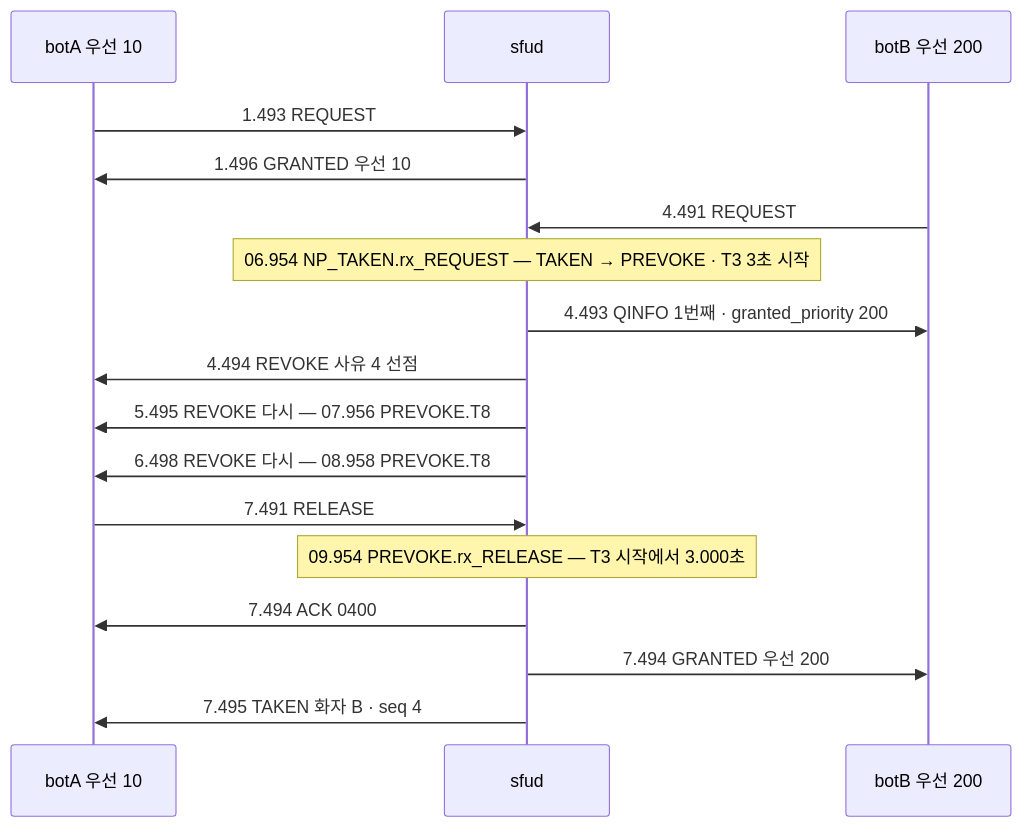
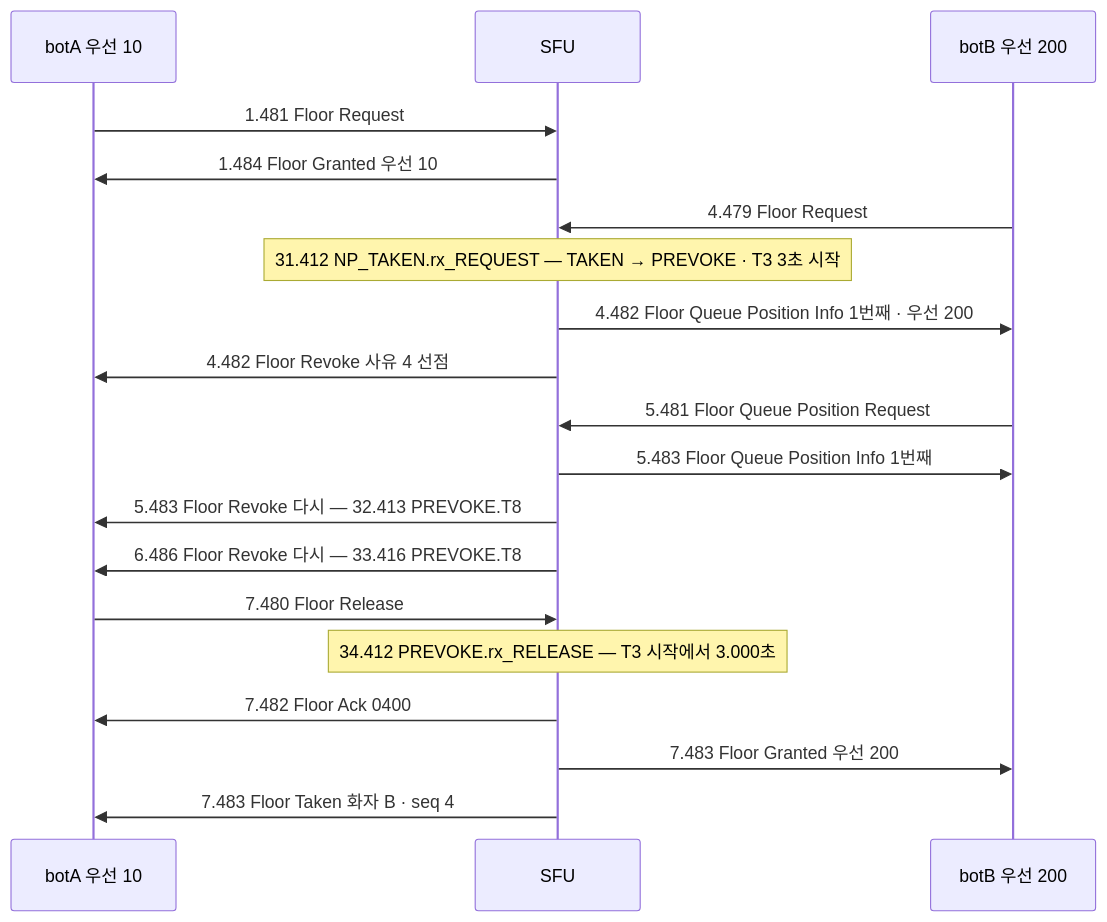
Before and after one commit to kodeholic9/oxlens-sfu: the third of 4 diagrams in docs/learn/07_FLOOR.md, drawn with Mermaid. The commit also changed other lines of this file and 19 other files, not shown here.

````diff
--- a/docs/learn/07_FLOOR.md
+++ b/docs/learn/07_FLOOR.md
@@ -165,19 +190,21 @@
 ```mermaid
 sequenceDiagram
   participant A as botA 우선 10
-  participant S as sfud
+  participant S as SFU
   participant B as botB 우선 200
-  A->>S: 1.493 REQUEST
-  S->>A: 1.496 GRANTED 우선 10
-  B->>S: 4.491 REQUEST
-  Note over S: 06.954 NP_TAKEN.rx_REQUEST — TAKEN → PREVOKE · T3 3초 시작
-  S->>B: 4.493 QINFO 1번째 · granted_priority 200
-  S->>A: 4.494 REVOKE 사유 4 선점
-  S->>A: 5.495 REVOKE 다시 — 07.956 PREVOKE.T8
-  S->>A: 6.498 REVOKE 다시 — 08.958 PREVOKE.T8
-  A->>S: 7.491 RELEASE
-  Note over S: 09.954 PREVOKE.rx_RELEASE — T3 시작에서 3.000초
-  S->>A: 7.494 ACK 0400
-  S->>B: 7.494 GRANTED 우선 200
-  S->>A: 7.495 TAKEN 화자 B · seq 4
+  A->>S: 1.481 Floor Request
+  S->>A: 1.484 Floor Granted 우선 10
+  B->>S: 4.479 Floor Request
+  Note over S: 31.412 NP_TAKEN.rx_REQUEST — TAKEN → PREVOKE · T3 3초 시작
+  S->>B: 4.482 Floor Queue Position Info 1번째 · 우선 200
+  S->>A: 4.482 Floor Revoke 사유 4 선점
+  B->>S: 5.481 Floor Queue Position Request
+  S->>B: 5.483 Floor Queue Position Info 1번째
+  S->>A: 5.483 Floor Revoke 다시 — 32.413 PREVOKE.T8
+  S->>A: 6.486 Floor Revoke 다시 — 33.416 PREVOKE.T8
+  A->>S: 7.480 Floor Release
+  Note over S: 34.412 PREVOKE.rx_RELEASE — T3 시작에서 3.000초
+  S->>A: 7.482 Floor Ack 0400
+  S->>B: 7.483 Floor Granted 우선 200
+  S->>A: 7.483 Floor Taken 화자 B · seq 4
 ```
````
